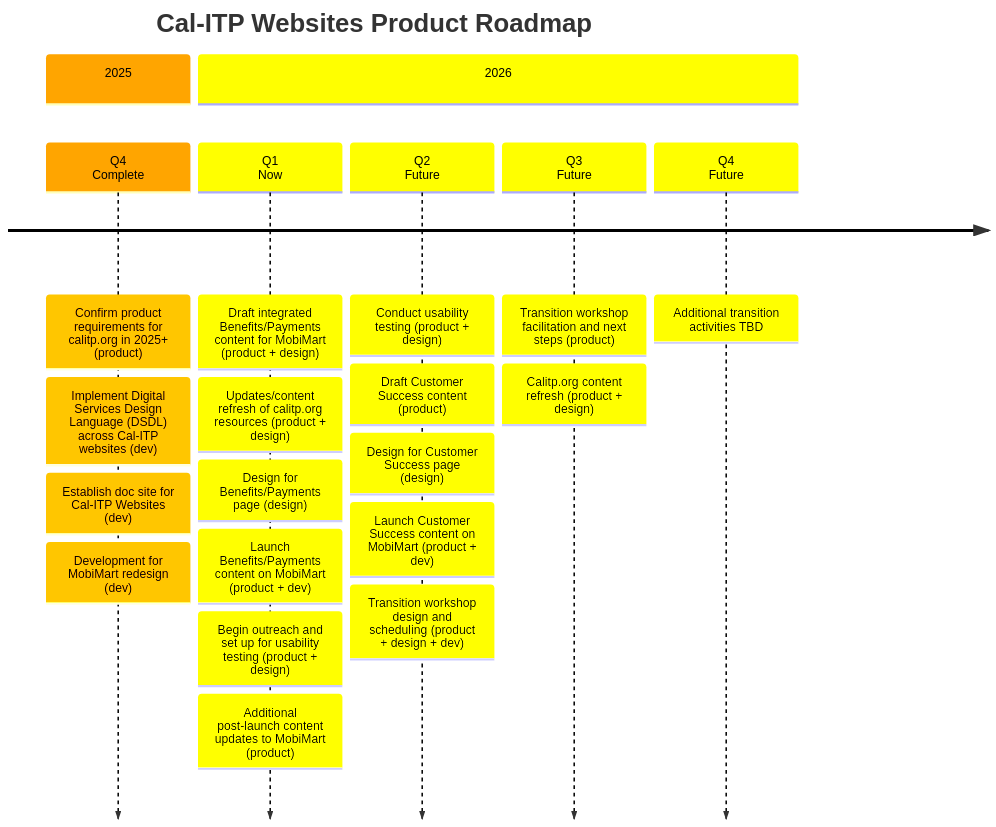
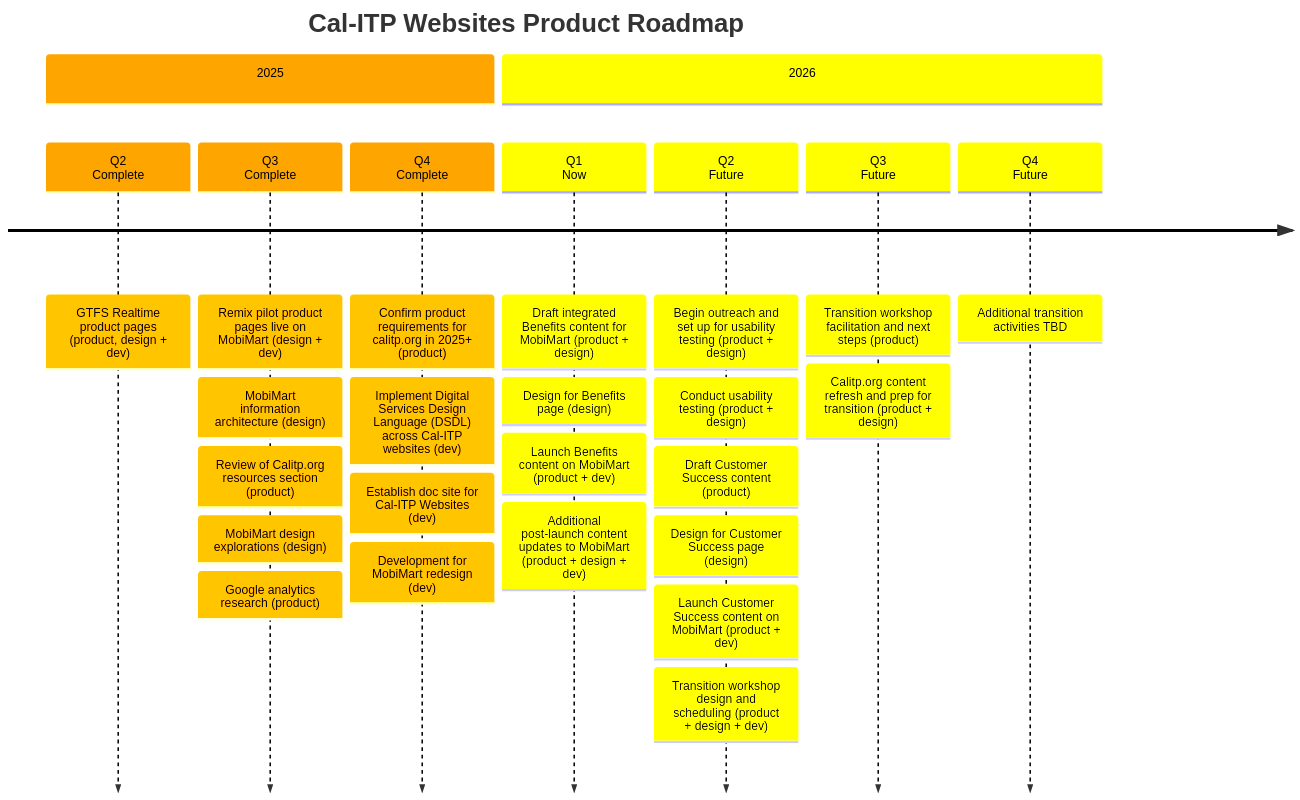
Before and after one commit to cal-itp/calitp.org: the diagram in docs/index.md, drawn with Mermaid.

Commit message:
Update index.md
Minor updates to roadmap based on where we are heading into April.

````diff
--- a/docs/index.md
+++ b/docs/index.md
@@ -5,52 +5,62 @@
 ```mermaid
-    timeline
+  timeline
     title Cal-ITP Websites Product Roadmap
-
+   
     %% Websites Epics (2025)
     section 2025
+
+    Q2<br>Complete
+    : GTFS Realtime product pages (product, design + dev)
+
+    Q3<br>Complete
+    : Remix pilot product pages live on MobiMart (design + dev)
+    : MobiMart information architecture (design)
+    : Review of Calitp.org resources section (product)
+    : MobiMart design explorations (design)
+    : Google analytics research (product)
+  
 
     Q4<br>Complete
     : Confirm product requirements for calitp.org in 2025+ (product)
     : Implement Digital Services Design Language (DSDL) across Cal-ITP websites (dev)
     : Establish doc site for Cal-ITP Websites (dev)
     : Development for MobiMart redesign (dev)
 
     section 2026
 
     Q1<br>Now
-    : Draft integrated Benefits/Payments content for MobiMart (product + design)
-    : Updates/content refresh of calitp.org resources (product + design)
-    : Design for Benefits/Payments page (design)
-    : Launch Benefits/Payments content on MobiMart (product + dev)
-    : Begin outreach and set up for usability testing (product + design)
-    : Additional post-launch content updates to MobiMart (product)
+    : Draft integrated Benefits content for MobiMart (product + design)
+    : Design for Benefits page (design)
+    : Launch Benefits content on MobiMart (product + dev)
+    : Additional post-launch content updates to MobiMart (product + design + dev)
 
     Q2<br>Future
+    : Begin outreach and set up for usability testing (product + design) 
     : Conduct usability testing (product + design)
     : Draft Customer Success content (product)
     : Design for Customer Success page (design)
     : Launch Customer Success content on MobiMart (product + dev)
     : Transition workshop design and scheduling (product + design + dev)
 
     Q3<br>Future
     : Transition workshop facilitation and next steps (product)
-    : Calitp.org content refresh (product + design)
+    : Calitp.org content refresh and prep for transition (product + design)
 
     Q4<br>Future
-    : Additional transition activities TBD
+    : Additional transition activities TBD 
    %%{
         init: {
             'logLevel': 'debug',
             'theme': 'default' ,
             'themeVariables': {
                 'cScale0': '#ffa500', 'cScaleLabel0': '#000000',
                 'cScale1': '#ffff00', 'cScaleLabel1': '#000000',
                 'cScale2': '#ffff00', 'cScaleLabel2': '#000000',
                 'cScale3': '#008000', 'cScaleLabel3': '#ffffff',
                 'cScale4': '#0000ff', 'cScaleLabel4': '#ffffff',
                 'cScale5': '#4b0082', 'cScaleLabel5': '#ffffff',
                 'cScale6': '#000000', 'cScaleLabel6': '#ffffff'
             }
         }
     }%%
 ```
````
